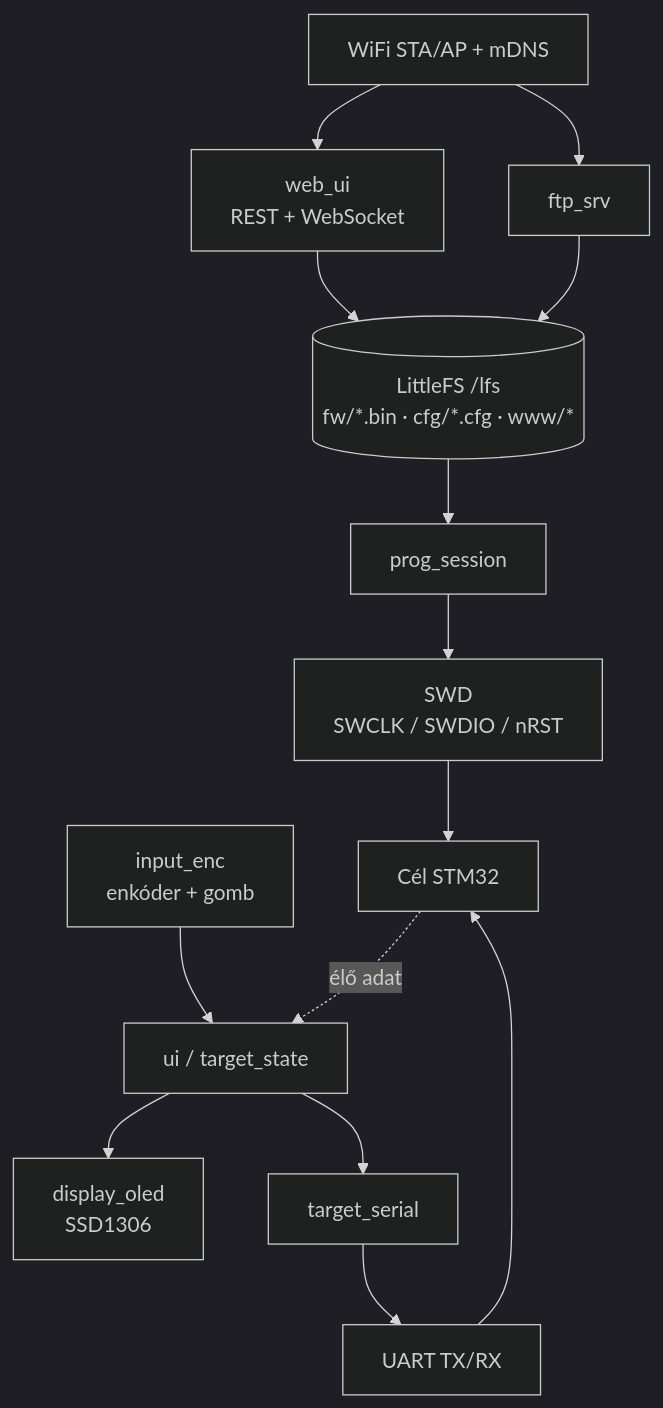
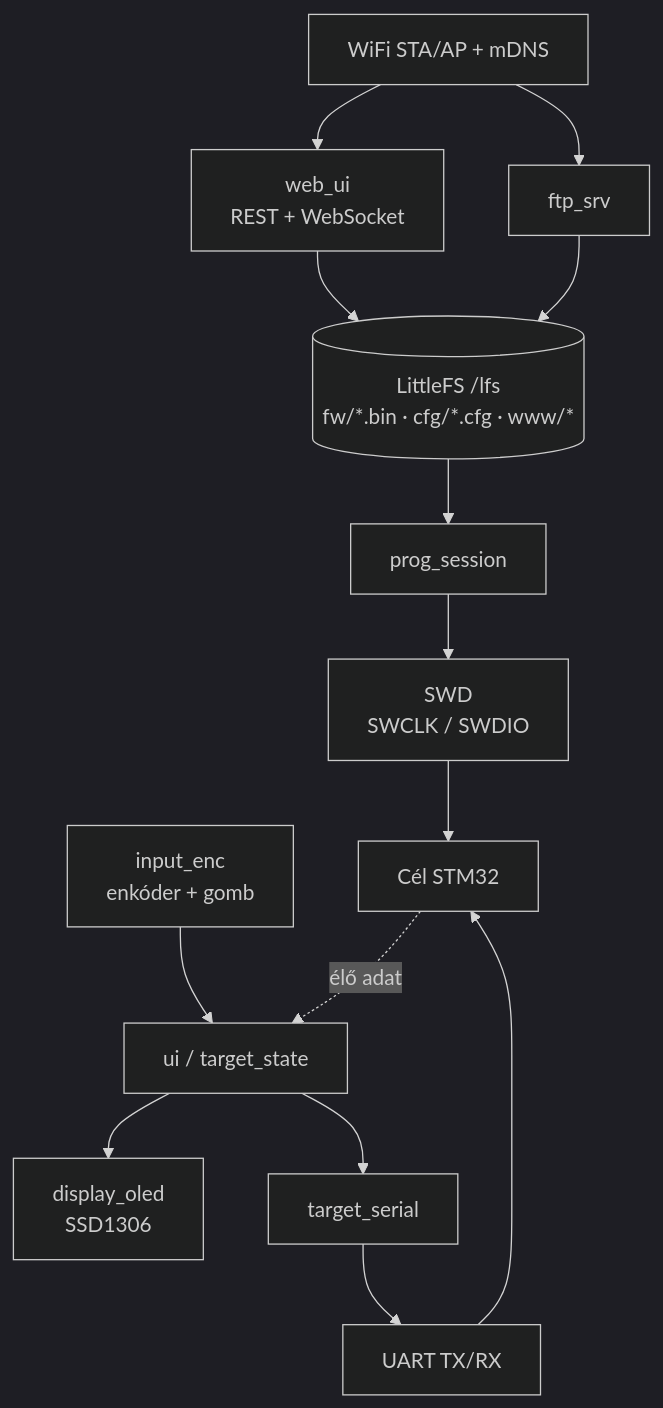
One commit to eniac77/ESP32S3_SWD_PROG changed the diagram in README.md. Above: the diagram before and after it, drawn with Mermaid (dark theme). The commit also changed other lines of this file and 4 other files, not shown here.

````diff
--- a/README.md
+++ b/README.md
@@ -26,27 +26,27 @@
 ```mermaid
 flowchart TB
     WiFi[WiFi STA/AP + mDNS]
     WEB[web_ui<br/>REST + WebSocket]
     FTP[ftp_srv]
     LFS[(LittleFS /lfs<br/>fw/*.bin · cfg/*.cfg · www/*)]
     ENC[input_enc<br/>enkóder + gomb]
     OLED[display_oled<br/>SSD1306]
     UI[ui / target_state]
     PROG[prog_session]
-    SWD[SWD<br/>SWCLK / SWDIO / nRST]
+    SWD[SWD<br/>SWCLK / SWDIO]
     TSER[target_serial]
     UART[UART TX/RX]
     STM[Cél STM32]
 
     WiFi --> WEB
     WiFi --> FTP
     WEB --> LFS
     FTP --> LFS
     ENC --> UI
     UI --> OLED
     LFS --> PROG
     PROG --> SWD --> STM
     UI --> TSER
     TSER --> UART --> STM
     STM -. élő adat .-> UI
 ```
````
